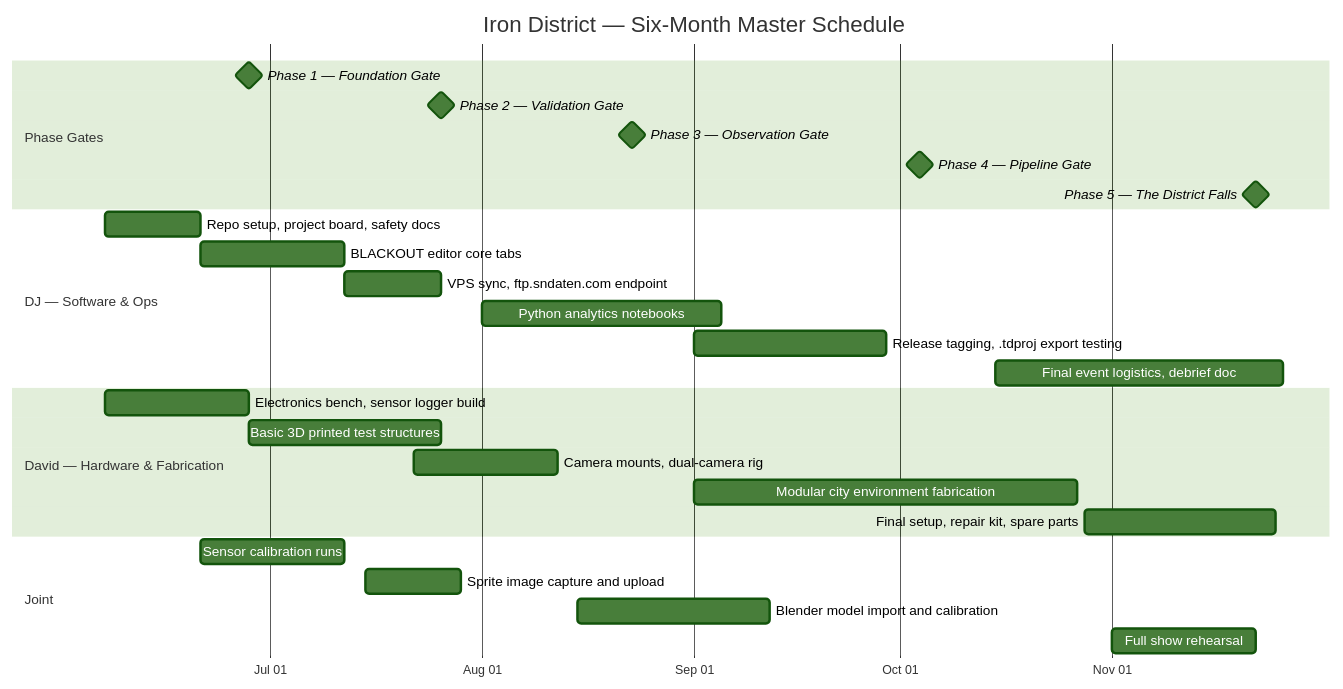
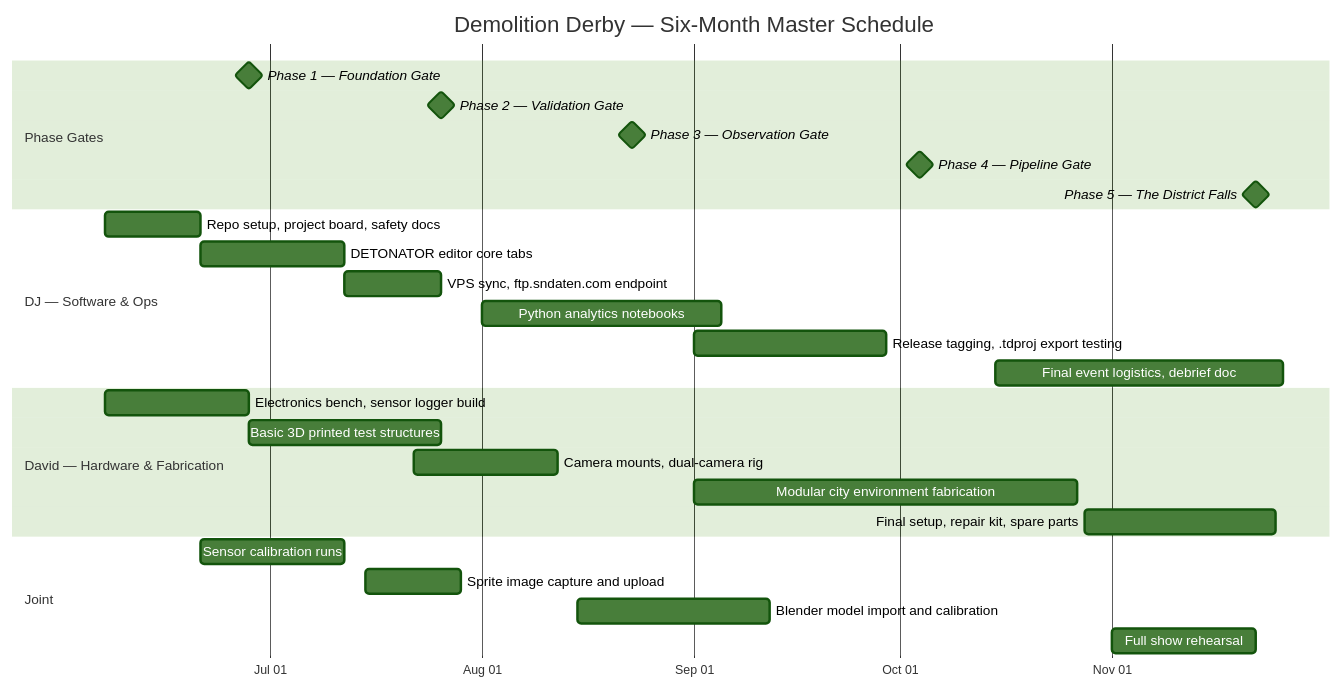
The diagram in README.md (SuperiorNetworks/demolition-derby), drawn with Mermaid (forest theme) before and after one commit. The commit also changed other lines of this file and 1 other file, not shown here.

Commit message:
rebrand: Iron District → Demolition Derby | BLACKOUT → DETONATOR | GROUNDWORK → Downrange Document (DD)

````diff
--- a/README.md
+++ b/README.md
@@ -52,34 +52,34 @@
 ```mermaid
 gantt
-    title Iron District — Six-Month Master Schedule
+    title Demolition Derby — Six-Month Master Schedule
     dateFormat  YYYY-MM-DD
     axisFormat  %b %d
 
     section Phase Gates
     Phase 1 — Foundation Gate     :milestone, g1, 2026-06-28, 0d
     Phase 2 — Validation Gate     :milestone, g2, 2026-07-26, 0d
     Phase 3 — Observation Gate    :milestone, g3, 2026-08-23, 0d
     Phase 4 — Pipeline Gate       :milestone, g4, 2026-10-04, 0d
     Phase 5 — The District Falls  :milestone, g5, 2026-11-22, 0d
 
     section DJ — Software & Ops
     Repo setup, project board, safety docs       :dj1, 2026-06-07, 2w
-    BLACKOUT editor core tabs                    :dj2, after dj1, 3w
+    DETONATOR editor core tabs                    :dj2, after dj1, 3w
     VPS sync, ftp.sndaten.com endpoint           :dj3, after dj2, 2w
     Python analytics notebooks                   :dj4, 2026-08-01, 5w
     Release tagging, .tdproj export testing      :dj5, 2026-09-01, 4w
     Final event logistics, debrief doc           :dj6, 2026-10-15, 6w
 
     section David — Hardware & Fabrication
     Electronics bench, sensor logger build       :dv1, 2026-06-07, 3w
     Basic 3D printed test structures             :dv2, after dv1, 4w
     Camera mounts, dual-camera rig               :dv3, 2026-07-22, 3w
     Modular city environment fabrication         :dv4, 2026-09-01, 8w
     Final setup, repair kit, spare parts         :dv5, 2026-10-28, 4w
 
     section Joint
     Sensor calibration runs                      :jt1, 2026-06-21, 3w
     Sprite image capture and upload              :jt2, 2026-07-15, 2w
     Blender model import and calibration         :jt3, 2026-08-15, 4w
     Full show rehearsal                          :jt4, 2026-11-01, 3w
 ```
````
